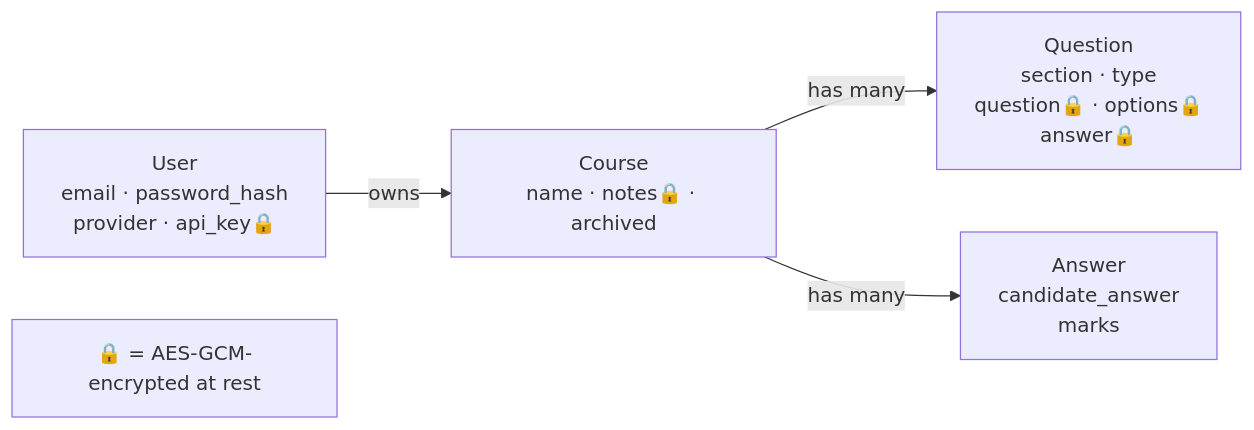
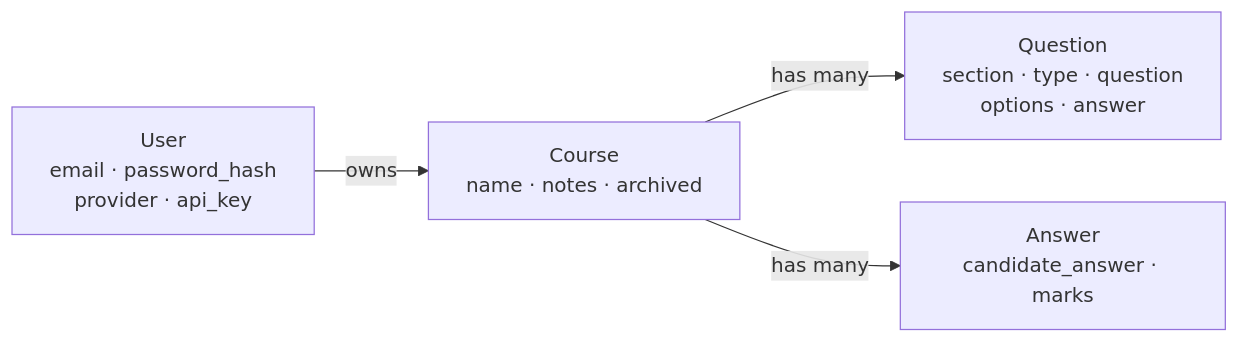
The fifth of 5 diagrams in docs/ARCHITECTURE.md (rishabh750/quiz), drawn with Mermaid before and after one commit. The commit also changed other lines of this file and 95 other files, not shown here.

````diff
--- a/docs/ARCHITECTURE.md
+++ b/docs/ARCHITECTURE.md
@@ -208,13 +105,10 @@
 ```mermaid
 graph LR
-  U["User<br/>email · password_hash<br/>provider · api_key🔒"]
-  C["Course<br/>name · notes🔒 · archived"]
-  Q["Question<br/>section · type<br/>question🔒 · options🔒<br/>answer🔒"]
-  A["Answer<br/>candidate_answer<br/>marks"]
-
+  U["User<br/>email · password_hash<br/>provider · api_key"]
+  C["Course<br/>name · notes · archived"]
+  Q["Question<br/>section · type · question<br/>options · answer"]
+  A["Answer<br/>candidate_answer · marks"]
   U -->|owns| C
   C -->|has many| Q
   C -->|has many| A
-
-  L["🔒 = AES-GCM-encrypted at rest"]
 ```
````
